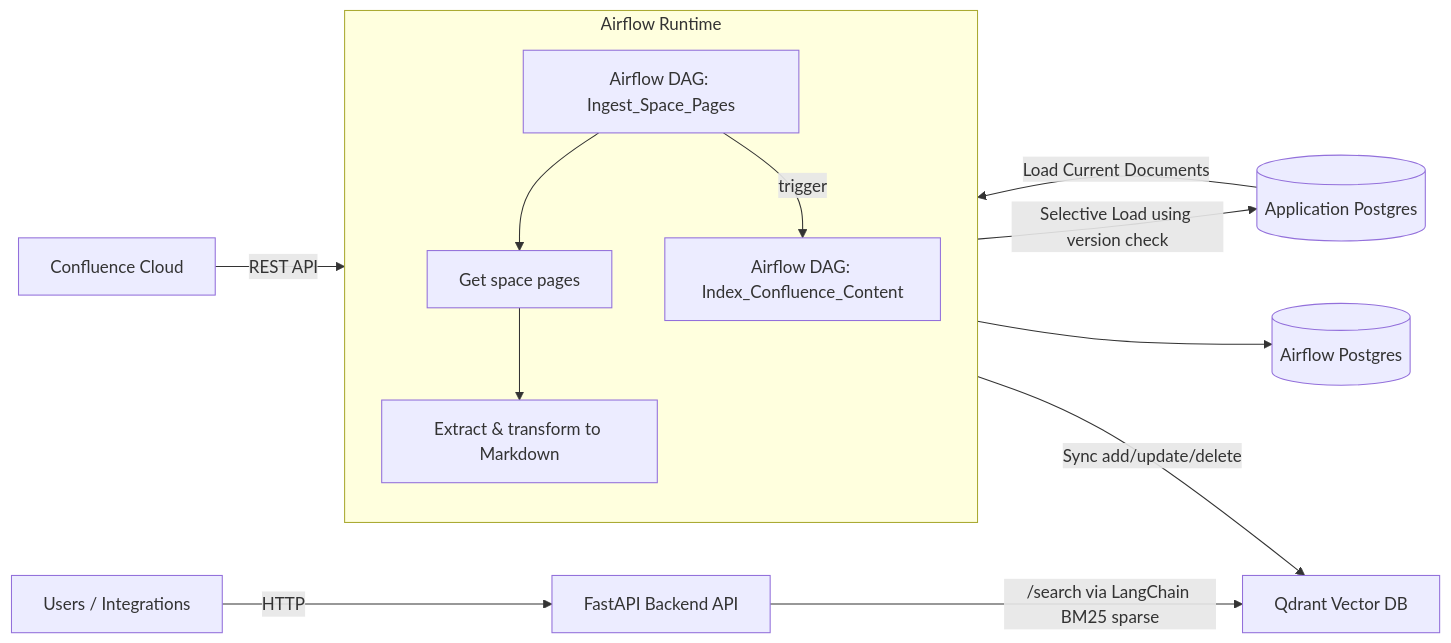
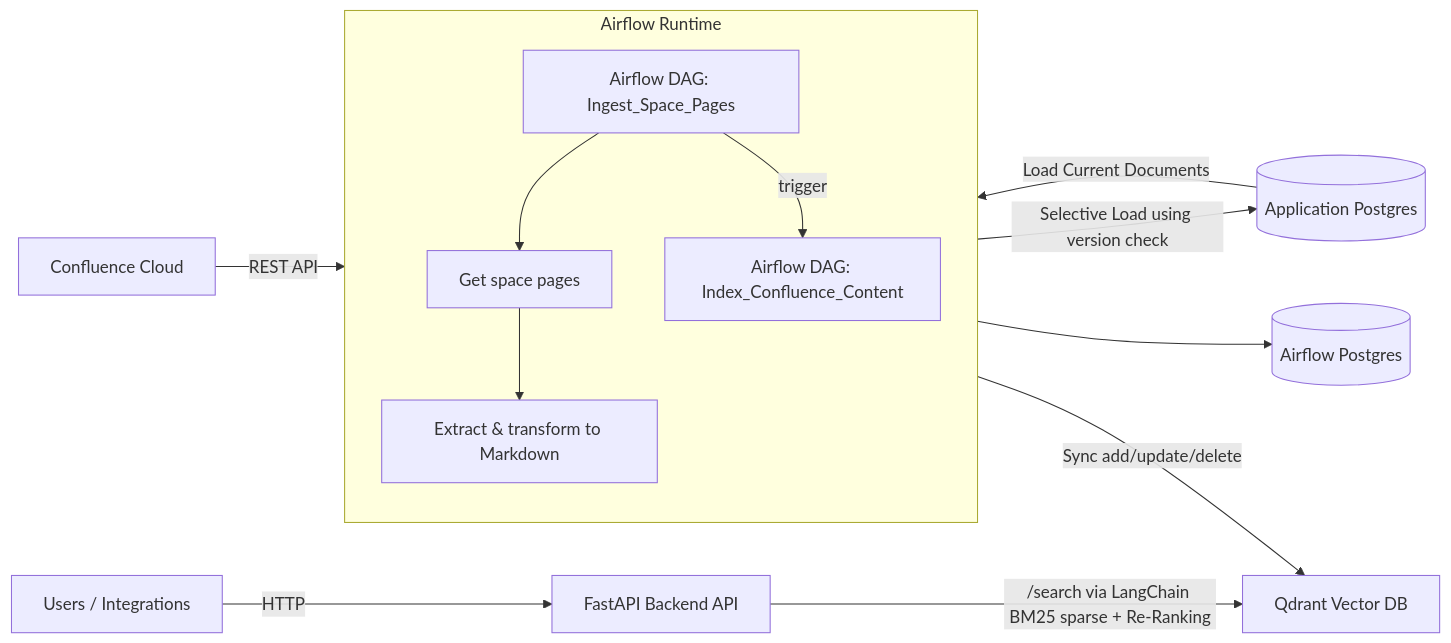
One commit to MauriceKuenicke/Confluence-RAG changed the diagram in README.md. Above: the diagram before and after it, drawn with Mermaid. The commit also changed 1 other file, not shown here.

Commit message:
add re-ranker

````diff
--- a/README.md
+++ b/README.md
@@ -12,23 +12,23 @@
 ```mermaid
 flowchart LR
   A[Confluence Cloud] -->|REST API| B[Airflow DAG: Ingest_Space_Pages]
   B --> B1[Get space pages]
   B1 --> B2[Extract & transform to Markdown]
   B2 -->|Selective Load using version check| D[(Application Postgres)]
   B -->|trigger| C[Airflow DAG: Index_Confluence_Content]
   C -->|Sync add/update/delete| Q[Qdrant Vector DB]
   D -->|Load Current Documents| C
 
   subgraph Airflow Runtime
     direction TB
     B
     B1
     B2
     C
   end
 
   B --> E[(Airflow Postgres)]
 
-  F[FastAPI Backend API] -->|/search via LangChain BM25 sparse| Q
+  F[FastAPI Backend API] -->|/search via LangChain BM25 sparse + Re-Ranking| Q
   U[Users / Integrations] -->|HTTP| F
 ```
````
